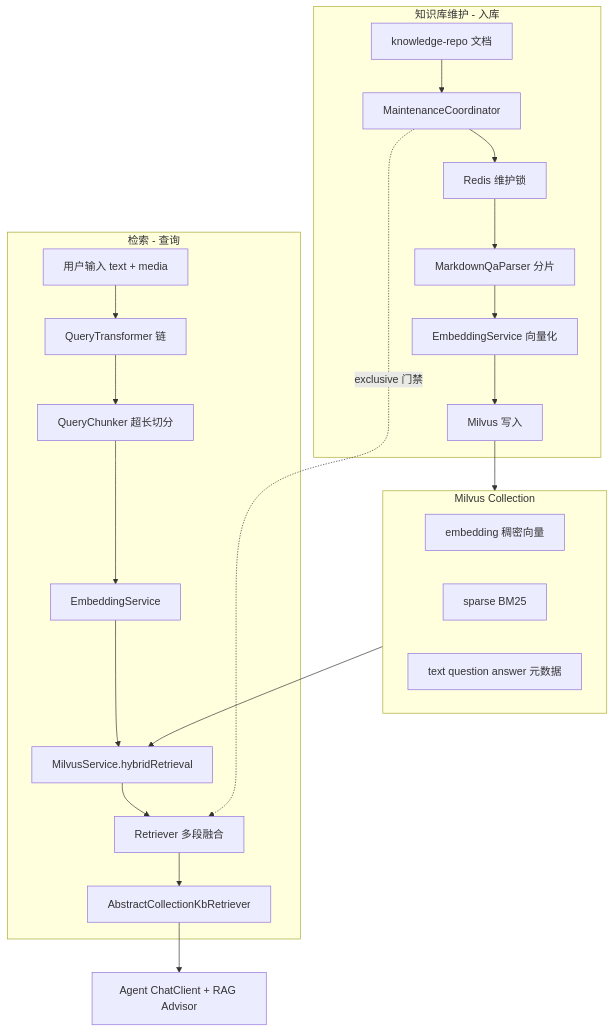
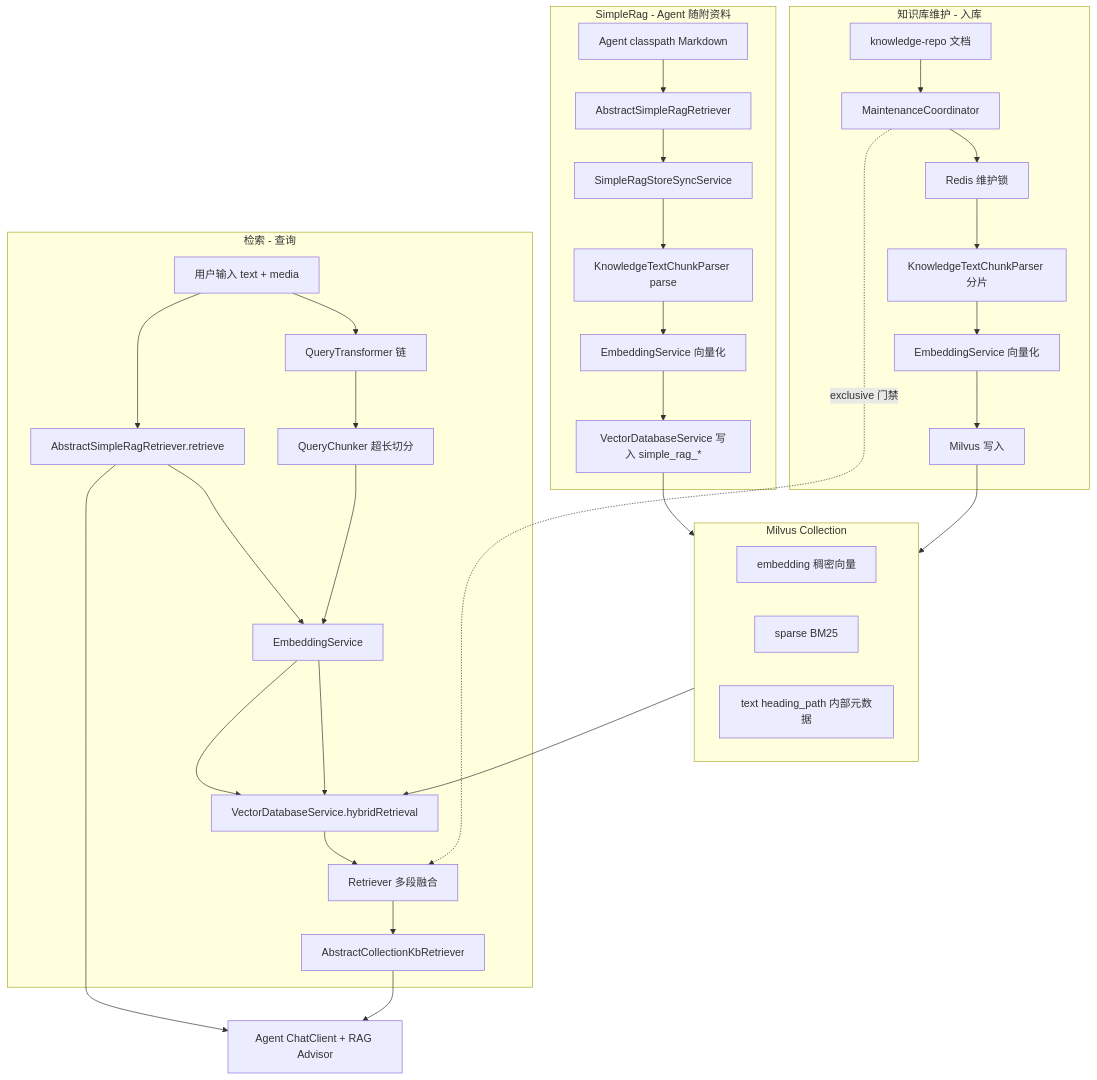
One commit to j2agent-ai/j2agent-docs changed the diagram in 平台/RAG机制/README.md. Above: the diagram before and after it, drawn with Mermaid. The commit also changed other lines of this file and 2 other files, not shown here.

Commit message:
feat(rag): 新增 SimpleRag 机制支持 Agent 随附资料检索
- 添加 AbstractSimpleRagRetriever 抽象类定义检索接口
- 实现 SimpleRagStoreSyncService 处理资料同步与检索
- 在 AgentPluginRegistry 和 AgentPluginReloadService 中集成同步逻辑
- 更新 AiAgent 接口添加 resolveDocumentRetriever 方法
- 优化 RagSourcePublicationService 错误处理与日志记录
- 完善相关单元测试和文档说明

````diff
--- a/平台/RAG机制/README.md
+++ b/平台/RAG机制/README.md
@@ -7,31 +7,44 @@
 ```mermaid
 flowchart TB
     subgraph ingest [知识库维护 - 入库]
         Repo[knowledge-repo 文档]
         Coord[MaintenanceCoordinator]
         RedisLock[Redis 维护锁]
-        Parser[MarkdownQaParser 分片]
+        Parser[KnowledgeTextChunkParser 分片]
         EmbedIn[EmbeddingService 向量化]
         MilvusWrite[Milvus 写入]
         Repo --> Coord --> RedisLock --> Parser --> EmbedIn --> MilvusWrite
     end
+    subgraph simplerag [SimpleRag - Agent 随附资料]
+        AgentMd[Agent classpath Markdown]
+        SimpleRetriever[AbstractSimpleRagRetriever]
+        SimpleSync[SimpleRagStoreSyncService]
+        SimpleParser[KnowledgeTextChunkParser parse]
+        SimpleEmbed[EmbeddingService 向量化]
+        SimpleWrite["VectorDatabaseService 写入 simple_rag_*"]
+        AgentMd --> SimpleRetriever --> SimpleSync --> SimpleParser --> SimpleEmbed --> SimpleWrite
+    end
     subgraph store [Milvus Collection]
         Dense[embedding 稠密向量]
         Sparse[sparse BM25]
-        Meta[text question answer 元数据]
+        Meta[text heading_path 内部元数据]
     end
     MilvusWrite --> store
+    SimpleWrite --> store
     subgraph query [检索 - 查询]
         UserQ["用户输入 text + media"]
         QT[QueryTransformer 链]
         Chunker[QueryChunker 超长切分]
         EmbedQ[EmbeddingService]
-        Hybrid[MilvusService.hybridRetrieval]
+        Hybrid[VectorDatabaseService.hybridRetrieval]
         Fuse[Retriever 多段融合]
         Agent[AbstractCollectionKbRetriever]
+        SimpleRetrieve[AbstractSimpleRagRetriever.retrieve]
         UserQ --> QT --> Chunker --> EmbedQ --> Hybrid --> Fuse --> Agent
+        UserQ --> SimpleRetrieve --> EmbedQ --> Hybrid
     end
     store --> Hybrid
     Agent --> LLM[Agent ChatClient + RAG Advisor]
+    SimpleRetrieve --> LLM
     Coord -. exclusive 门禁 .-> Fuse
 ```
````
